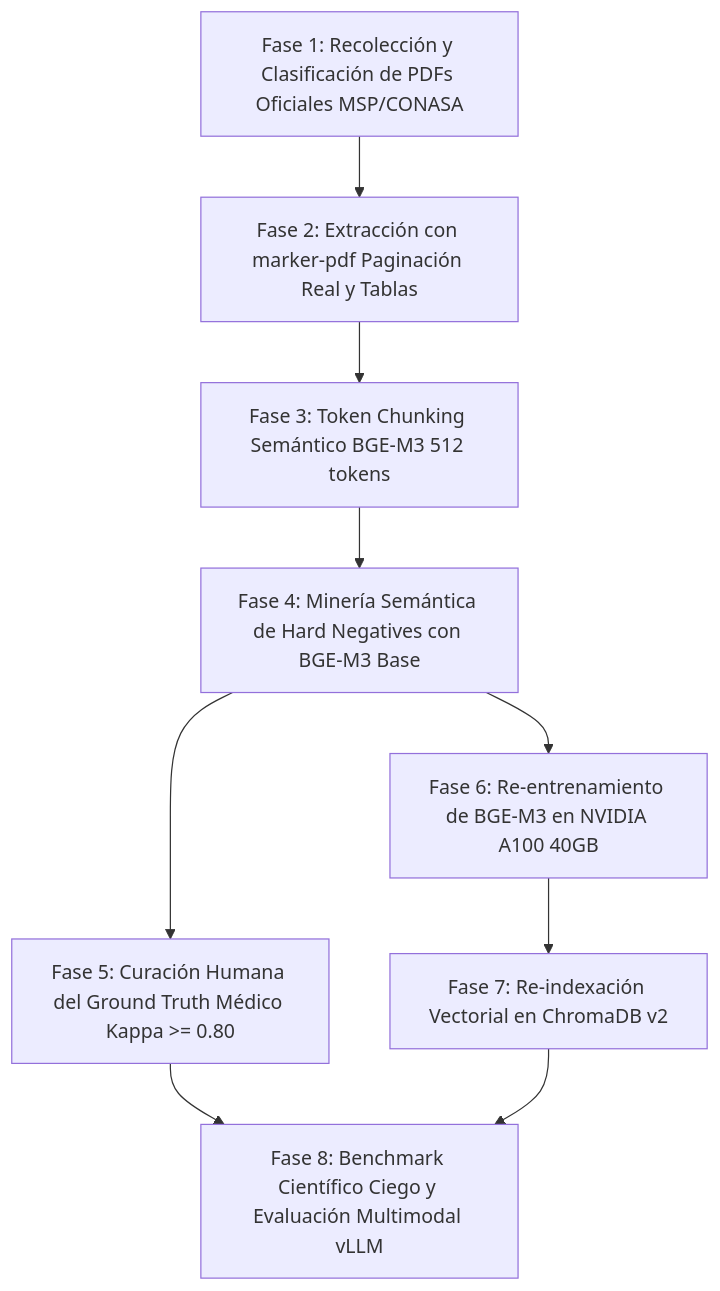
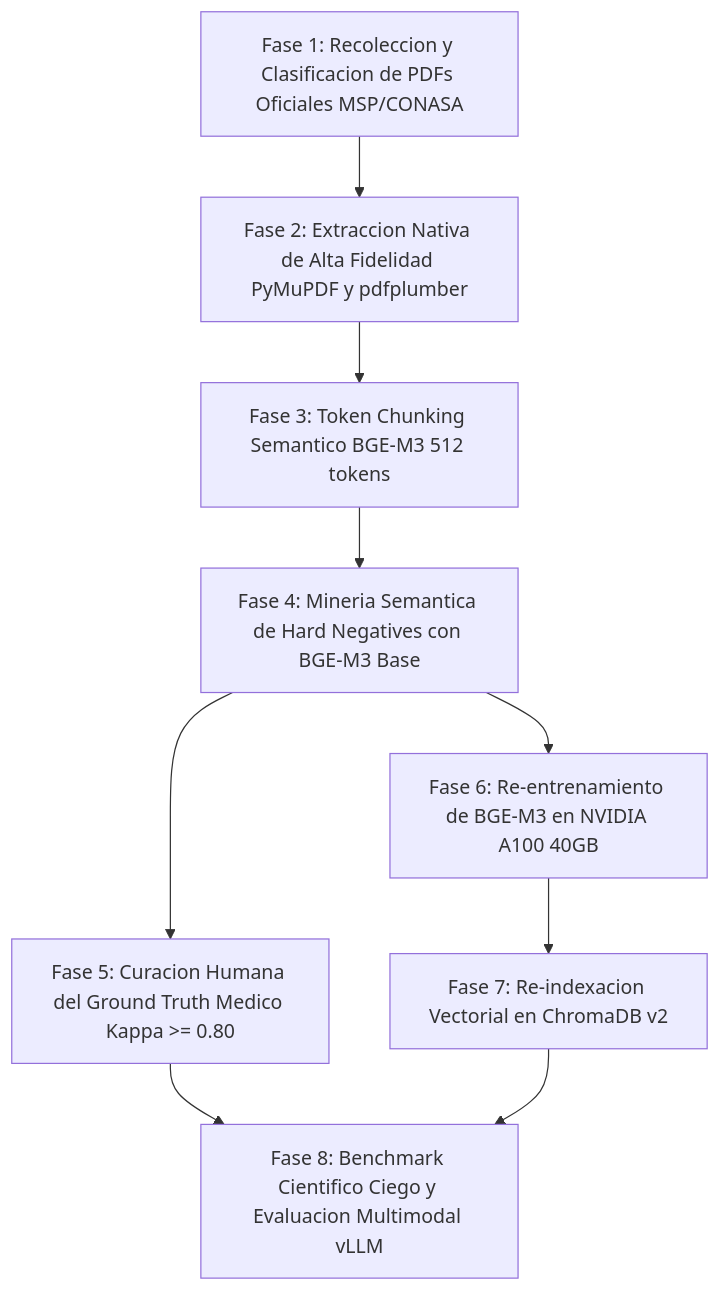
The diagram in docs/7_planes_de_escalabilidad_y_hoja_de_ruta/PLAN_REESTRUCTURACION_PIPELINE_IA.md (JorgeDoicela/clinical_rag), drawn with Mermaid before and after one commit. The commit also changed other lines of this file and 5 other files, not shown here.

Commit message:
feat(ingestion_v2): completar fase 2 con extractor nativo pymupdf y depurar corpus a 44 gpcs

````diff
--- a/docs/7_planes_de_escalabilidad_y_hoja_de_ruta/PLAN_REESTRUCTURACION_PIPELINE_IA.md
+++ b/docs/7_planes_de_escalabilidad_y_hoja_de_ruta/PLAN_REESTRUCTURACION_PIPELINE_IA.md
@@ -216,11 +216,11 @@
 ```mermaid
 graph TD
-    F1[Fase 1: Recolección y Clasificación de PDFs Oficiales MSP/CONASA] --> F2[Fase 2: Extracción con marker-pdf Paginación Real y Tablas]
-    F2 --> F3[Fase 3: Token Chunking Semántico BGE-M3 512 tokens]
-    F3 --> F4[Fase 4: Minería Semántica de Hard Negatives con BGE-M3 Base]
-    F4 --> F5[Fase 5: Curación Humana del Ground Truth Médico Kappa >= 0.80]
+    F1[Fase 1: Recoleccion y Clasificacion de PDFs Oficiales MSP/CONASA] --> F2[Fase 2: Extraccion Nativa de Alta Fidelidad PyMuPDF y pdfplumber]
+    F2 --> F3[Fase 3: Token Chunking Semantico BGE-M3 512 tokens]
+    F3 --> F4[Fase 4: Mineria Semantica de Hard Negatives con BGE-M3 Base]
+    F4 --> F5[Fase 5: Curacion Humana del Ground Truth Medico Kappa >= 0.80]
     F4 --> F6[Fase 6: Re-entrenamiento de BGE-M3 en NVIDIA A100 40GB]
-    F6 --> F7[Fase 7: Re-indexación Vectorial en ChromaDB v2]
-    F5 --> F8[Fase 8: Benchmark Científico Ciego y Evaluación Multimodal vLLM]
+    F6 --> F7[Fase 7: Re-indexacion Vectorial en ChromaDB v2]
+    F5 --> F8[Fase 8: Benchmark Cientifico Ciego y Evaluacion Multimodal vLLM]
     F7 --> F8
 ```
````
